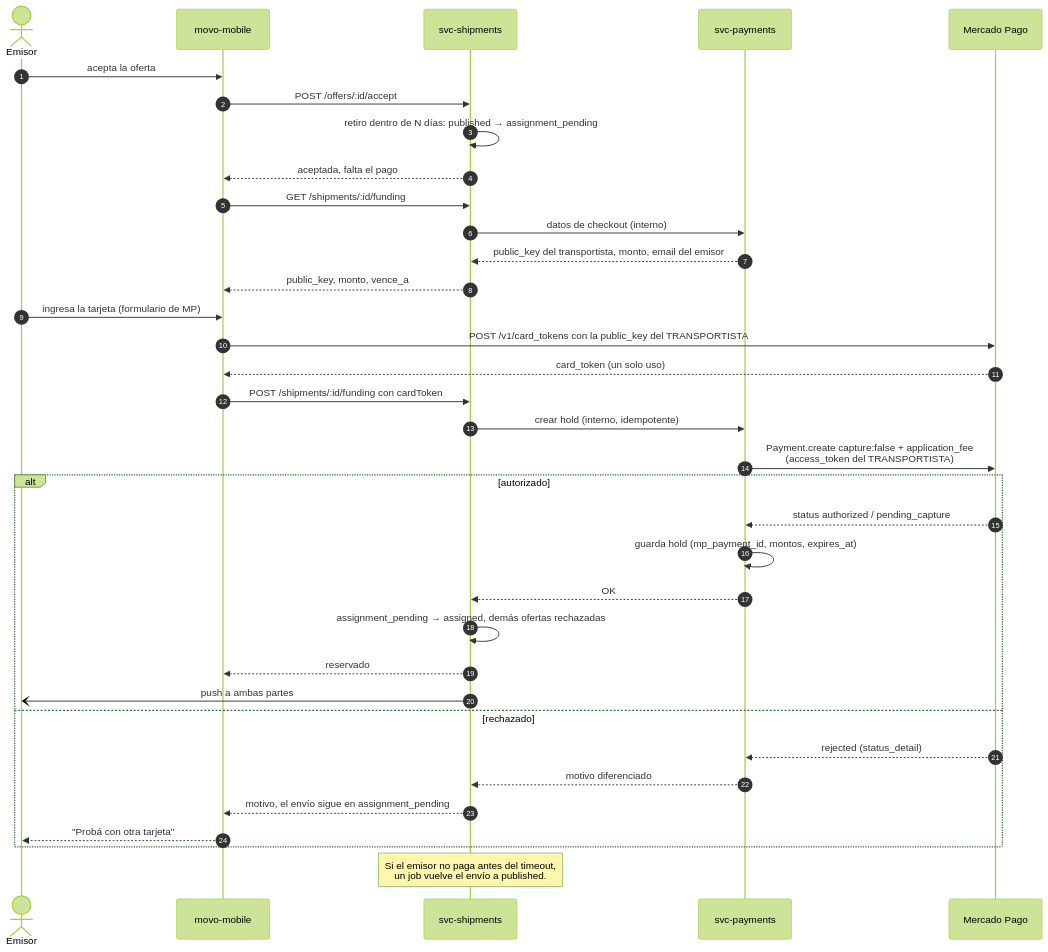
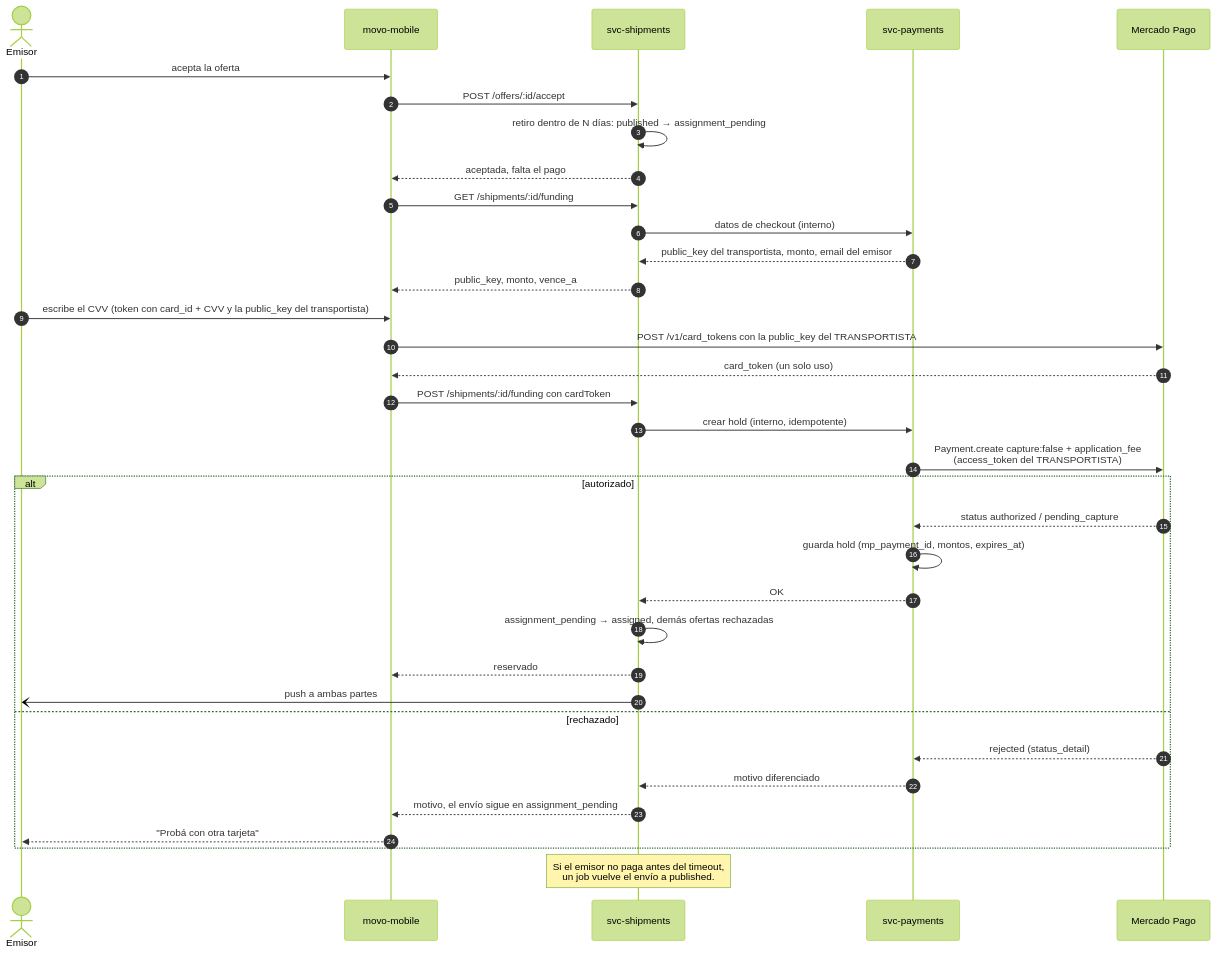
The fifth of 10 diagrams in docs/payments/flujo-de-pagos.md (movosend/movo), drawn with Mermaid (forest theme) before and after one commit. The commit also changed other lines of this file and 2 other files, not shown here.

First line of the commit message:
docs(payments): adr-039 y flujo de tarjetas guardadas con cvv

````diff
--- a/docs/payments/flujo-de-pagos.md
+++ b/docs/payments/flujo-de-pagos.md
@@ -198,38 +198,38 @@
 ```mermaid
 sequenceDiagram
     autonumber
     actor E as Emisor
     participant M as movo-mobile
     participant S as svc-shipments
     participant P as svc-payments
     participant MP as Mercado Pago
 
     E->>M: acepta la oferta
     M->>S: POST /offers/:id/accept
     S->>S: retiro dentro de N días: published → assignment_pending
     S-->>M: aceptada, falta el pago
     M->>S: GET /shipments/:id/funding
     S->>P: datos de checkout (interno)
     P-->>S: public_key del transportista, monto, email del emisor
     S-->>M: public_key, monto, vence_a
-    E->>M: ingresa la tarjeta (formulario de MP)
+    E->>M: escribe el CVV (token con card_id + CVV y la public_key del transportista)
     M->>MP: POST /v1/card_tokens con la public_key del TRANSPORTISTA
     MP-->>M: card_token (un solo uso)
     M->>S: POST /shipments/:id/funding con cardToken
     S->>P: crear hold (interno, idempotente)
     P->>MP: Payment.create capture:false + application_fee<br/>(access_token del TRANSPORTISTA)
     alt autorizado
         MP-->>P: status authorized / pending_capture
         P->>P: guarda hold (mp_payment_id, montos, expires_at)
         P-->>S: OK
         S->>S: assignment_pending → assigned, demás ofertas rechazadas
         S-->>M: reservado
         S-)E: push a ambas partes
     else rechazado
         MP-->>P: rejected (status_detail)
         P-->>S: motivo diferenciado
         S-->>M: motivo, el envío sigue en assignment_pending
         M-->>E: "Probá con otra tarjeta"
     end
     Note over S: Si el emisor no paga antes del timeout,<br/>un job vuelve el envío a published.
 ```
````
